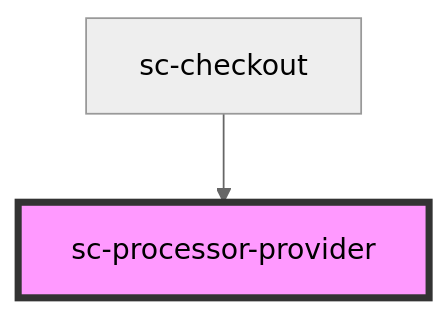
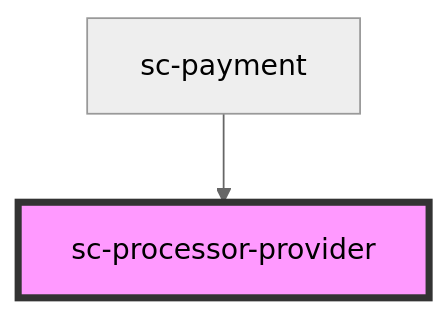
Before and after one commit to surecart/surecart-wp-plugin: the diagram in packages/components/src/components/providers/processor-provider/readme.md, drawn with Mermaid (neutral theme). The commit also changed other lines of this file and 5 other files, not shown here.

````diff
--- a/packages/components/src/components/providers/processor-provider/readme.md
+++ b/packages/components/src/components/providers/processor-provider/readme.md
@@ -31,5 +31,5 @@
 ```mermaid
 graph TD;
-  sc-checkout --> sc-processor-provider
+  sc-payment --> sc-processor-provider
   style sc-processor-provider fill:#f9f,stroke:#333,stroke-width:4px
 ```
````
